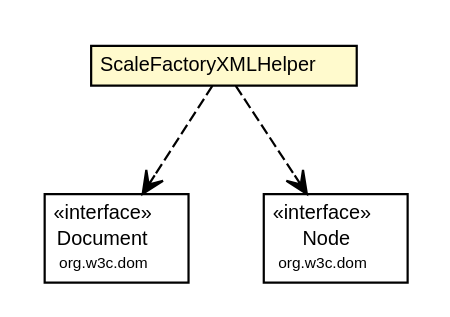
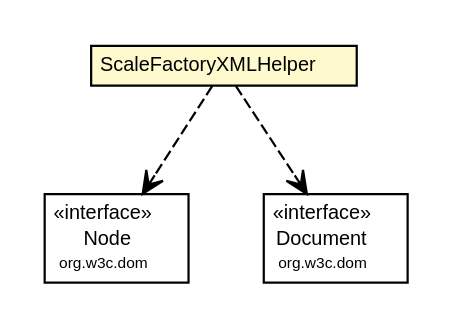
The diagram in rockymusic/apidocs/com/rockhoppertech/music/midi/js/xml/ScaleFactoryXMLHelper.dot (genedelisa/rockymusic), drawn with Graphviz before and after one commit. The commit also changed 1302 other files, not shown here.

```diff
--- a/rockymusic/apidocs/com/rockhoppertech/music/midi/js/xml/ScaleFactoryXMLHelper.dot
+++ b/rockymusic/apidocs/com/rockhoppertech/music/midi/js/xml/ScaleFactoryXMLHelper.dot
@@ -1,38 +1,38 @@
 #!/usr/local/bin/dot
 #
 # Class diagram 
 # Generated by UMLGraph version R5_6-24-gf6e263 (http://www.umlgraph.org/)
 #
 
 digraph G {
 	edge [fontname="Helvetica",fontsize=10,labelfontname="Helvetica",labelfontsize=10];
 	node [fontname="Helvetica",fontsize=10,shape=plaintext];
 	nodesep=0.25;
 	ranksep=0.5;
 	// com.rockhoppertech.music.midi.js.xml.ScaleFactoryXMLHelper
 	c9531 [label=<<table title="com.rockhoppertech.music.midi.js.xml.ScaleFactoryXMLHelper" border="0" cellborder="1" cellspacing="0" cellpadding="2" port="p" bgcolor="lemonChiffon" href="./ScaleFactoryXMLHelper.html">
 		<tr><td><table border="0" cellspacing="0" cellpadding="1">
 <tr><td align="center" balign="center"> ScaleFactoryXMLHelper </td></tr>
 		</table></td></tr>
 		</table>>, URL="./ScaleFactoryXMLHelper.html", fontname="Helvetica", fontcolor="black", fontsize=9.0];
+	// com.rockhoppertech.music.midi.js.xml.ScaleFactoryXMLHelper DEPEND org.w3c.dom.Node
+	c9531:p -> c9581:p [taillabel="", label="", headlabel="", fontname="Helvetica", fontcolor="black", fontsize=10.0, color="black", arrowhead=open, style=dashed];
 	// com.rockhoppertech.music.midi.js.xml.ScaleFactoryXMLHelper DEPEND org.w3c.dom.Document
-	c9531:p -> c9581:p [taillabel="", label="", headlabel="", fontname="Helvetica", fontcolor="black", fontsize=10.0, color="black", arrowhead=open, style=dashed];
-	// com.rockhoppertech.music.midi.js.xml.ScaleFactoryXMLHelper DEPEND org.w3c.dom.Node
 	c9531:p -> c9582:p [taillabel="", label="", headlabel="", fontname="Helvetica", fontcolor="black", fontsize=10.0, color="black", arrowhead=open, style=dashed];
 	// org.w3c.dom.Document
-	c9581 [label=<<table title="org.w3c.dom.Document" border="0" cellborder="1" cellspacing="0" cellpadding="2" port="p" href="http://docs.oracle.com/javase/7/docs/api/org/w3c/dom/Document.html">
+	c9582 [label=<<table title="org.w3c.dom.Document" border="0" cellborder="1" cellspacing="0" cellpadding="2" port="p" href="http://docs.oracle.com/javase/7/docs/api/org/w3c/dom/Document.html">
 		<tr><td><table border="0" cellspacing="0" cellpadding="1">
 <tr><td align="center" balign="center"> &#171;interface&#187; </td></tr>
 <tr><td align="center" balign="center"> Document </td></tr>
 <tr><td align="center" balign="center"><font point-size="7.0"> org.w3c.dom </font></td></tr>
 		</table></td></tr>
 		</table>>, URL="http://docs.oracle.com/javase/7/docs/api/org/w3c/dom/Document.html", fontname="Helvetica", fontcolor="black", fontsize=9.0];
 	// org.w3c.dom.Node
-	c9582 [label=<<table title="org.w3c.dom.Node" border="0" cellborder="1" cellspacing="0" cellpadding="2" port="p" href="http://docs.oracle.com/javase/7/docs/api/org/w3c/dom/Node.html">
+	c9581 [label=<<table title="org.w3c.dom.Node" border="0" cellborder="1" cellspacing="0" cellpadding="2" port="p" href="http://docs.oracle.com/javase/7/docs/api/org/w3c/dom/Node.html">
 		<tr><td><table border="0" cellspacing="0" cellpadding="1">
 <tr><td align="center" balign="center"> &#171;interface&#187; </td></tr>
 <tr><td align="center" balign="center"> Node </td></tr>
 <tr><td align="center" balign="center"><font point-size="7.0"> org.w3c.dom </font></td></tr>
 		</table></td></tr>
 		</table>>, URL="http://docs.oracle.com/javase/7/docs/api/org/w3c/dom/Node.html", fontname="Helvetica", fontcolor="black", fontsize=9.0];
 }
```
